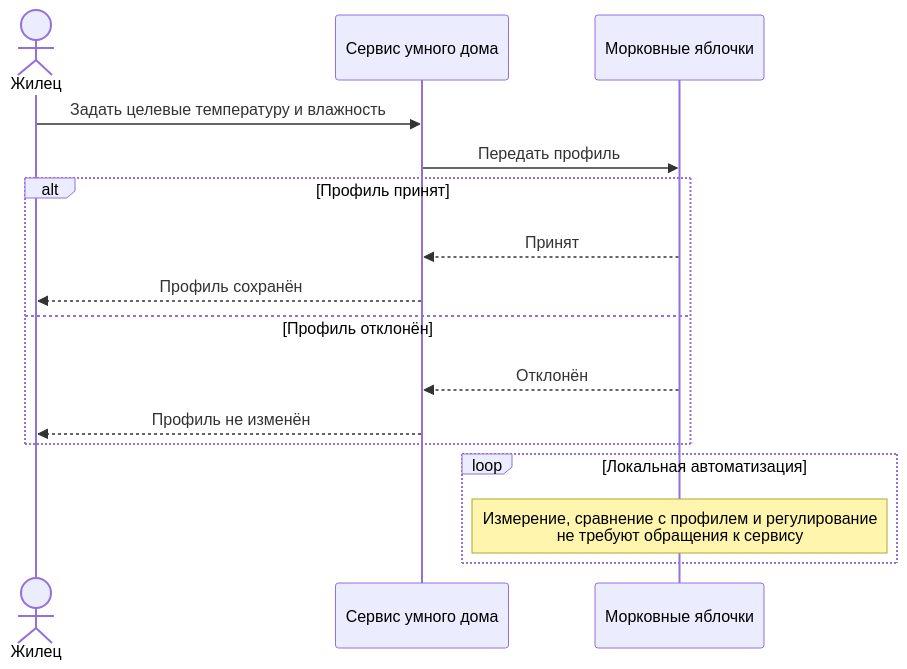
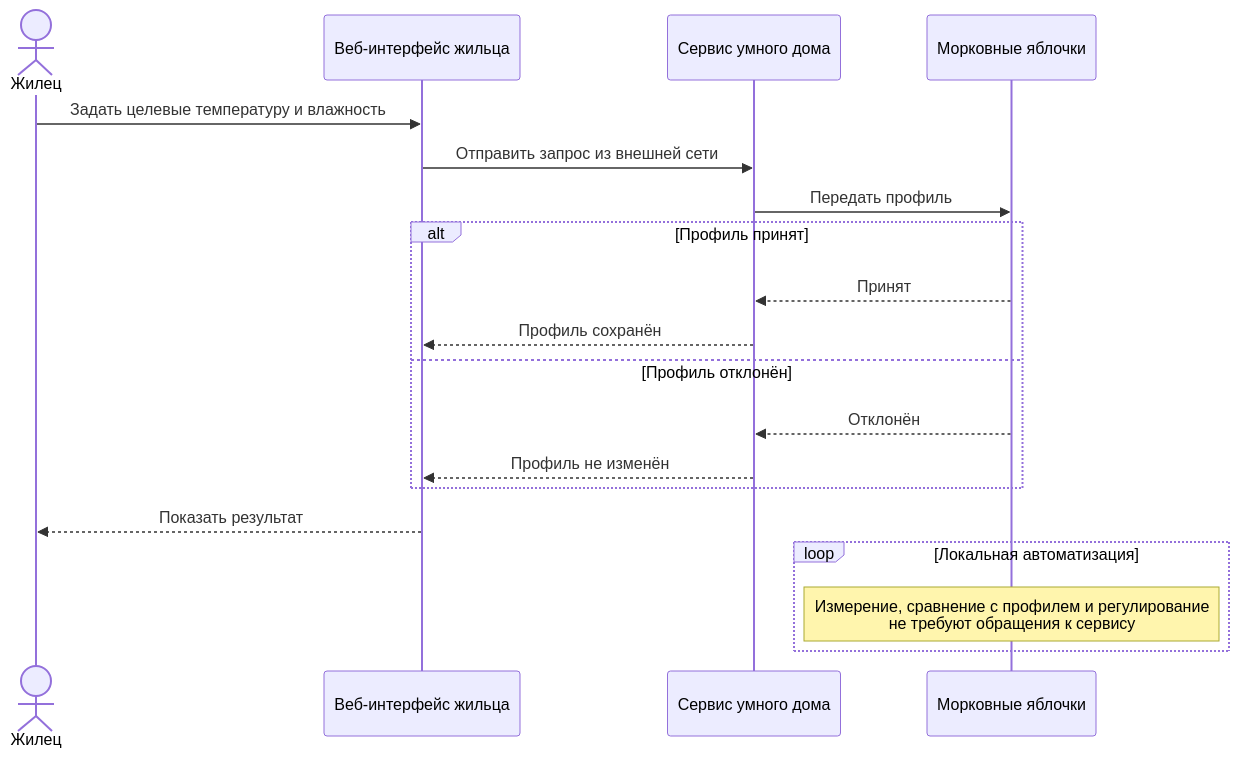
One commit to BPLA-Team/carrot-apples changed the diagram in customer_side/base_scenarios/S01_CLIMATE.md. Above: the diagram before and after it, drawn with Mermaid. The commit also changed 22 other files, not shown here.

Commit message:
docs(architecture): document web access through the external service

````diff
--- a/customer_side/base_scenarios/S01_CLIMATE.md
+++ b/customer_side/base_scenarios/S01_CLIMATE.md
@@ -3,18 +3,21 @@
 ```mermaid
 sequenceDiagram
     actor R as Жилец
+    participant W as Веб-интерфейс жильца
     participant S as Сервис умного дома
     participant H as Морковные яблочки
-    R->>S: Задать целевые температуру и влажность
+    R->>W: Задать целевые температуру и влажность
+    W->>S: Отправить запрос из внешней сети
     S->>H: Передать профиль
     alt Профиль принят
         H-->>S: Принят
-        S-->>R: Профиль сохранён
+        S-->>W: Профиль сохранён
     else Профиль отклонён
         H-->>S: Отклонён
-        S-->>R: Профиль не изменён
+        S-->>W: Профиль не изменён
     end
+    W-->>R: Показать результат
     loop Локальная автоматизация
         Note over H: Измерение, сравнение с профилем и регулирование<br/>не требуют обращения к сервису
     end
 ```
````
